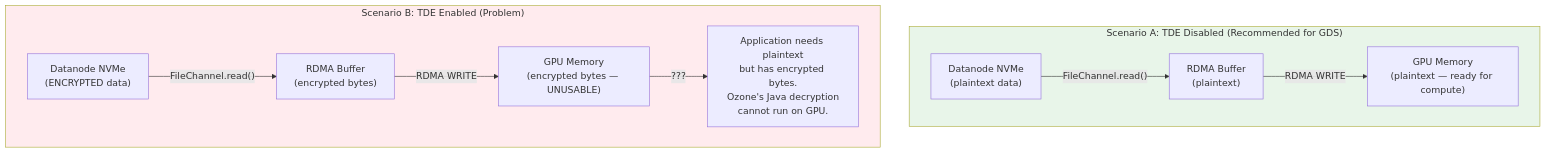
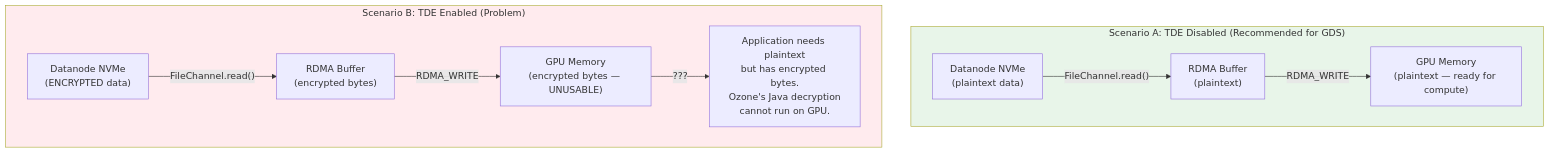
One commit to ptlrs/ozone changed diagram 14 of 17 in docs/gds-dn-direct-rdma-implementation-spec.md. Above: the diagram before and after it, drawn with Mermaid. The commit also changed other lines of this file, not shown here.

Commit message:
GPUDIRECT. Update GPUDirect Storage spec to version 3.0 with phased S3 GET RDMA integration details

````diff
--- a/docs/gds-dn-direct-rdma-implementation-spec.md
+++ b/docs/gds-dn-direct-rdma-implementation-spec.md
@@ -998,19 +1061,19 @@
 ```mermaid
 flowchart TB
   subgraph ScenarioA["Scenario A: TDE Disabled (Recommended for GDS)"]
-    style ScenarioA fill: #e8f5e9
+    style ScenarioA fill:#e8f5e9
     DN_A["Datanode NVMe<br/>(plaintext data)"]
     Buf_A["RDMA Buffer<br/>(plaintext)"]
     GPU_A["GPU Memory<br/>(plaintext — ready for compute)"]
-    DN_A -->|" FileChannel.read() "| Buf_A -->|" RDMA WRITE "| GPU_A
+    DN_A -->|" FileChannel.read() "| Buf_A -->|" RDMA_WRITE "| GPU_A
   end
 
   subgraph ScenarioB["Scenario B: TDE Enabled (Problem)"]
-    style ScenarioB fill: #ffebee
+    style ScenarioB fill:#ffebee
     DN_B["Datanode NVMe<br/>(ENCRYPTED data)"]
     Buf_B["RDMA Buffer<br/>(encrypted bytes)"]
     GPU_B["GPU Memory<br/>(encrypted bytes — UNUSABLE)"]
-    DN_B -->|" FileChannel.read() "| Buf_B -->|" RDMA WRITE "| GPU_B
+    DN_B -->|" FileChannel.read() "| Buf_B -->|" RDMA_WRITE "| GPU_B
     GPU_B -->|" ??? "| Problem["Application needs plaintext<br/>but has encrypted bytes.<br/>Ozone's Java decryption<br/>cannot run on GPU."]
   end
 ```
````
